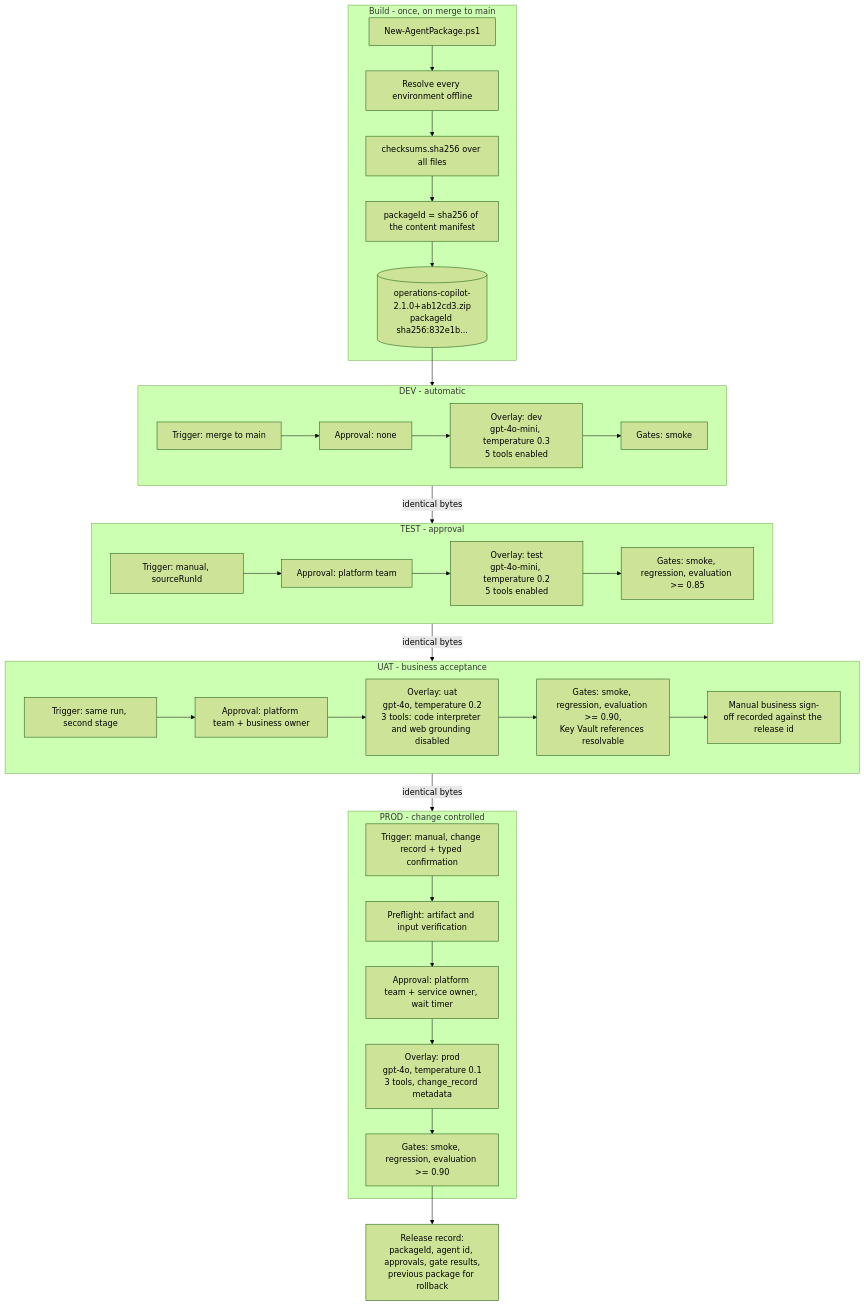
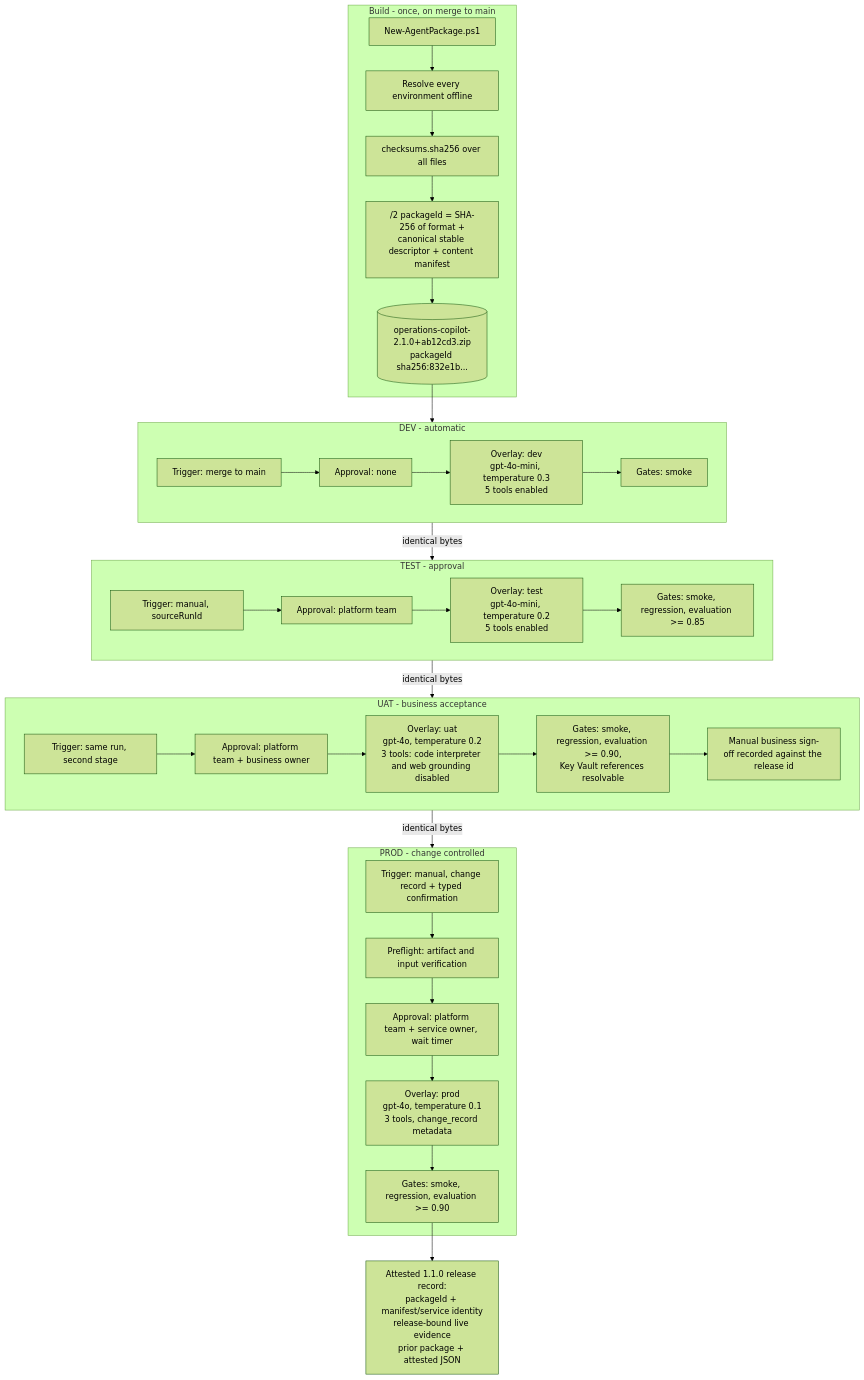
Before and after one commit to rob-mckenna/foundry-prompt-agent-cicd-accelerator: the first of 3 diagrams in docs/diagrams/multi-environment-promotion.md, drawn with Mermaid (forest theme). The commit also changed other lines of this file and 56 other files, not shown here.

````diff
--- a/docs/diagrams/multi-environment-promotion.md
+++ b/docs/diagrams/multi-environment-promotion.md
@@ -7,51 +7,51 @@
 ```mermaid
 flowchart TB
     subgraph BUILD["Build - once, on merge to main"]
         B1["New-AgentPackage.ps1"]
         B2["Resolve every environment offline"]
         B3["checksums.sha256 over all files"]
-        B4["packageId = sha256 of the content manifest"]
+        B4["/2 packageId = SHA-256 of format +<br/>canonical stable descriptor + content manifest"]
         B5[("operations-copilot-2.1.0+ab12cd3.zip<br/>packageId sha256:832e1b...")]
         B1 --> B2 --> B3 --> B4 --> B5
     end
 
     B5 --> DEV
     subgraph DEV["DEV - automatic"]
         D1["Trigger: merge to main"]
         D2["Approval: none"]
         D3["Overlay: dev<br/>gpt-4o-mini, temperature 0.3<br/>5 tools enabled"]
         D4["Gates: smoke"]
         D1 --> D2 --> D3 --> D4
     end
 
     DEV -->|identical bytes| TEST
     subgraph TEST["TEST - approval"]
         T1["Trigger: manual, sourceRunId"]
         T2["Approval: platform team"]
         T3["Overlay: test<br/>gpt-4o-mini, temperature 0.2<br/>5 tools enabled"]
         T4["Gates: smoke, regression, evaluation >= 0.85"]
         T1 --> T2 --> T3 --> T4
     end
 
     TEST -->|identical bytes| UAT
     subgraph UAT["UAT - business acceptance"]
         U1["Trigger: same run, second stage"]
         U2["Approval: platform team + business owner"]
         U3["Overlay: uat<br/>gpt-4o, temperature 0.2<br/>3 tools: code interpreter and web grounding disabled"]
         U4["Gates: smoke, regression, evaluation >= 0.90,<br/>Key Vault references resolvable"]
         U5["Manual business sign-off recorded against the release id"]
         U1 --> U2 --> U3 --> U4 --> U5
     end
 
     UAT -->|identical bytes| PROD
     subgraph PROD["PROD - change controlled"]
         P1["Trigger: manual, change record + typed confirmation"]
         P2["Preflight: artifact and input verification"]
         P3["Approval: platform team + service owner, wait timer"]
         P4["Overlay: prod<br/>gpt-4o, temperature 0.1<br/>3 tools, change_record metadata"]
         P5["Gates: smoke, regression, evaluation >= 0.90"]
         P1 --> P2 --> P3 --> P4 --> P5
     end
 
-    P5 --> DONE["Release record:<br/>packageId, agent id, approvals, gate results,<br/>previous package for rollback"]
+    P5 --> DONE["Attested 1.1.0 release record:<br/>packageId + manifest/service identity<br/>release-bound live evidence<br/>prior package + attested JSON"]
 ```
````
